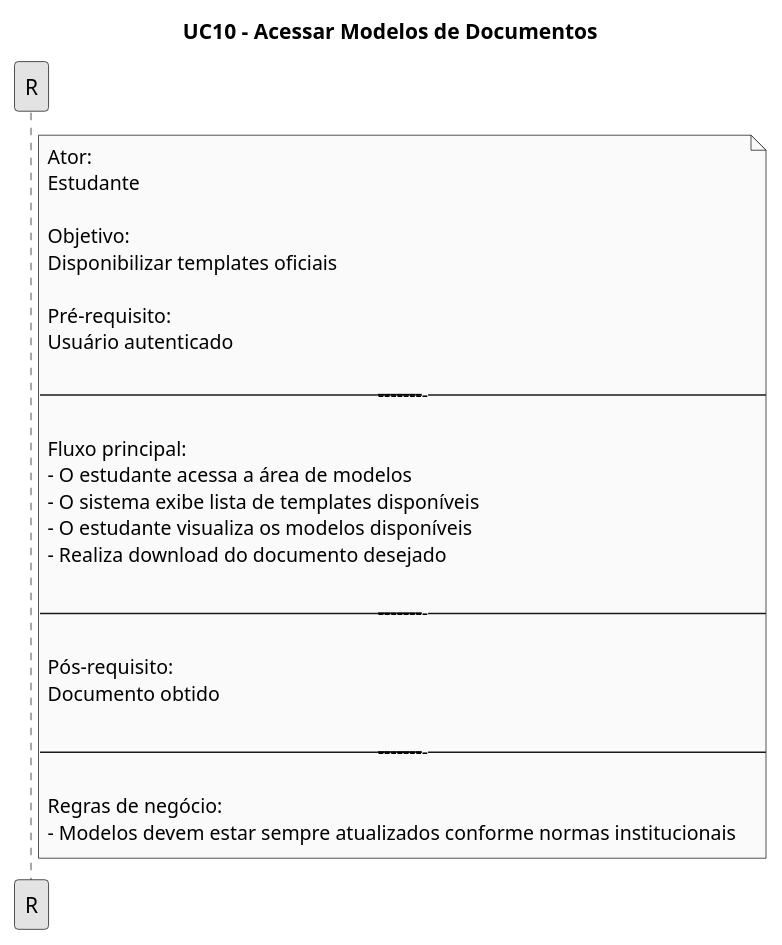
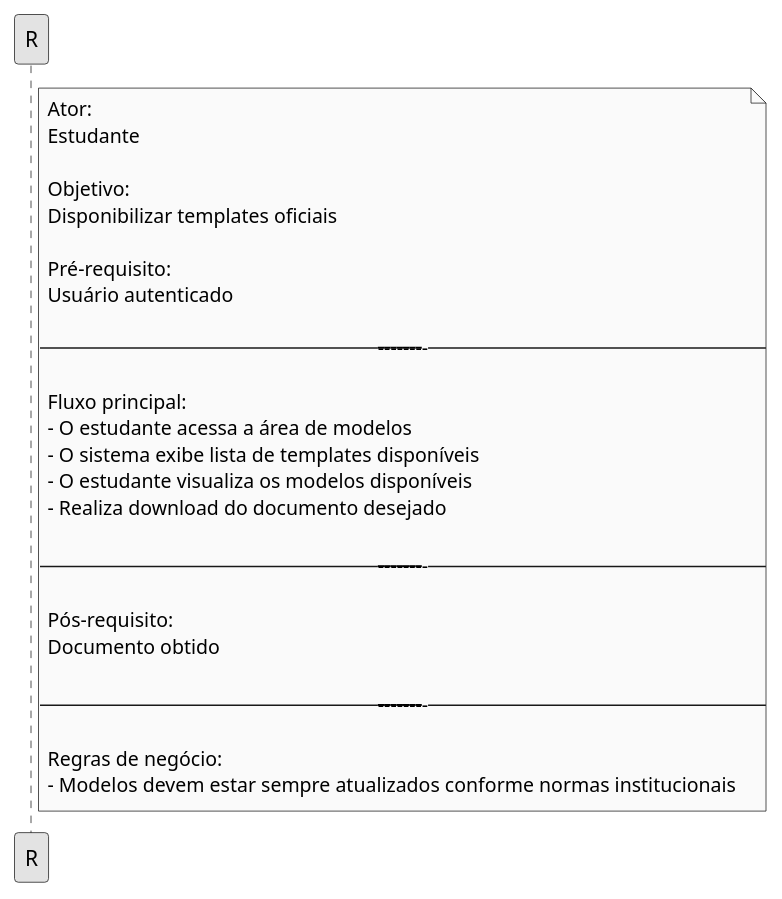
One commit to Projetos-de-Extensao/PBE_26.1_8001_VII changed the tenth of 10 diagrams in docs/Iniciacao/prototipo_baixa_fidelidade.md. Above: the diagram before and after it, drawn with PlantUML. The commit also changed other lines of this file, not shown here.

````diff
--- a/docs/Iniciacao/prototipo_baixa_fidelidade.md
+++ b/docs/Iniciacao/prototipo_baixa_fidelidade.md
@@ -411,40 +409,40 @@
 ```puml
 @startuml
-title UC10 – Acessar Modelos de Documentos
+
 
 skinparam monochrome true
 skinparam shadowing false
 
 
 
 note right of R
 Ator:
 Estudante
 
 Objetivo:
 Disponibilizar templates oficiais
 
 Pré-requisito:
 Usuário autenticado
 
 ----------------------------------------
 
 Fluxo principal:
 - O estudante acessa a área de modelos
 - O sistema exibe lista de templates disponíveis
 - O estudante visualiza os modelos disponíveis
 - Realiza download do documento desejado
 
 ----------------------------------------
 
 Pós-requisito:
 Documento obtido
 
 ----------------------------------------
 
 Regras de negócio:
 - Modelos devem estar sempre atualizados conforme normas institucionais
 end note
 
 @enduml
 ```
````
